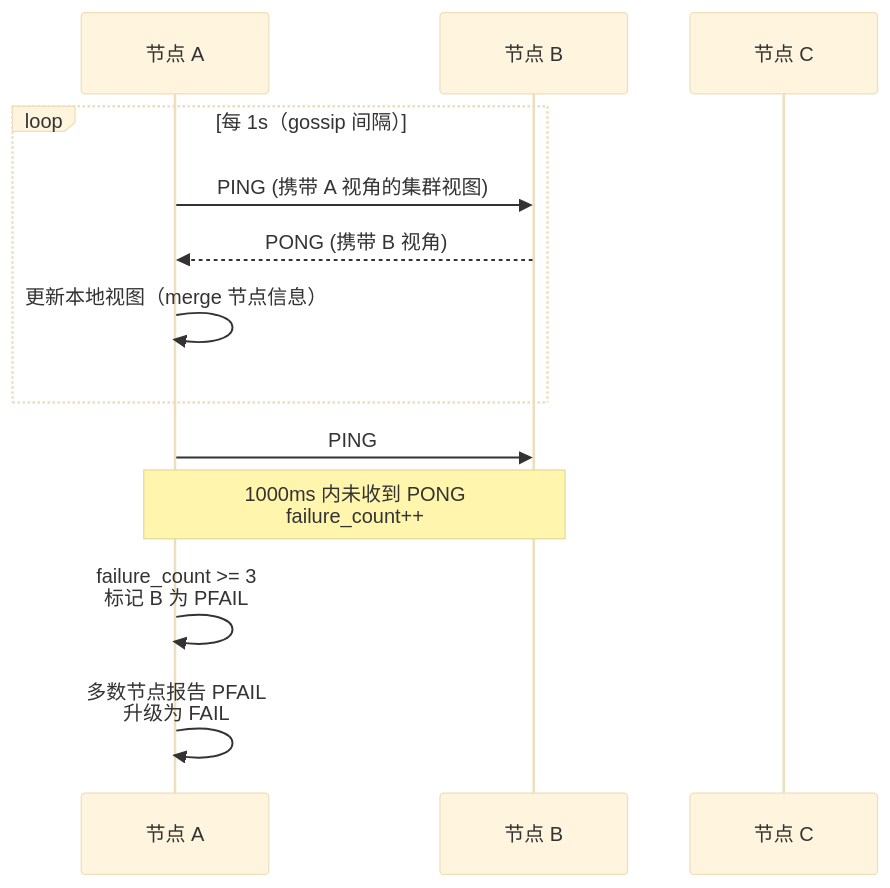
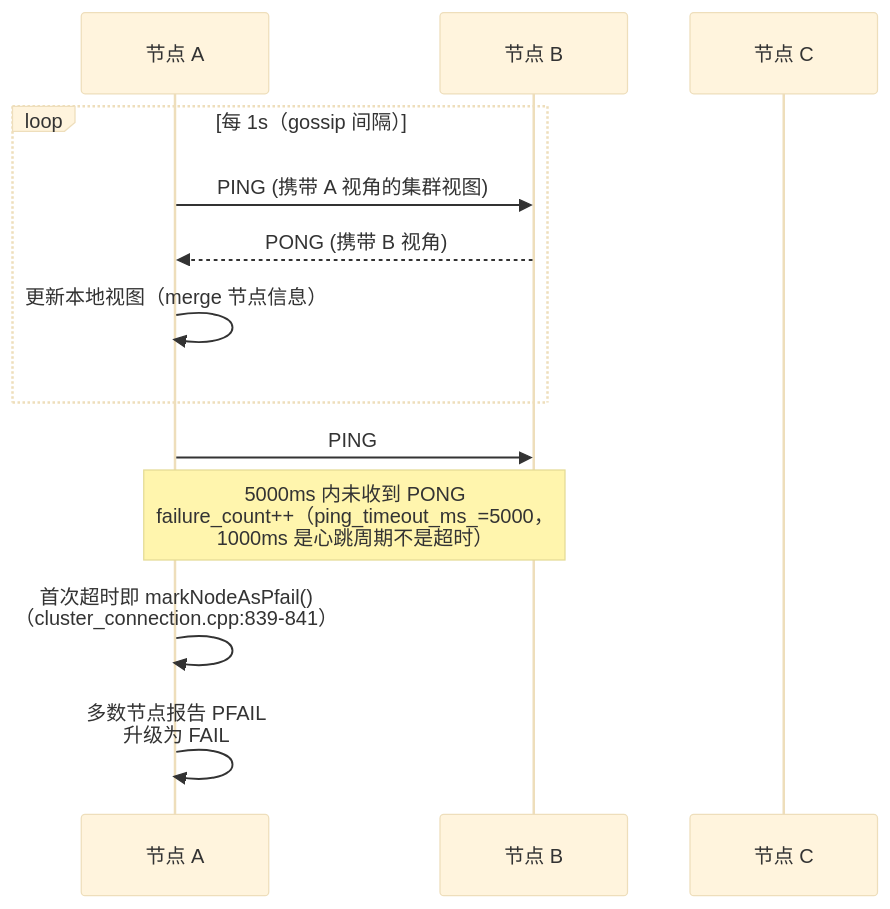
One commit to zimingttkx/ConcurrentCache changed the third of 5 diagrams in docs/architecture/cluster.md. Above: the diagram before and after it, drawn with Mermaid (base theme). The commit also changed other lines of this file and 8 other files, not shown here.

````diff
--- a/docs/architecture/cluster.md
+++ b/docs/architecture/cluster.md
@@ -156,18 +156,18 @@
 ```mermaid
 sequenceDiagram
     participant A as 节点 A
     participant B as 节点 B
     participant C as 节点 C
 
     loop 每 1s（gossip 间隔）
         A->>B: PING (携带 A 视角的集群视图)
         B-->>A: PONG (携带 B 视角)
         A->>A: 更新本地视图（merge 节点信息）
     end
 
     A->>B: PING
-    Note over A,B: 1000ms 内未收到 PONG<br/>failure_count++
+    Note over A,B: 5000ms 内未收到 PONG<br/>failure_count++（ping_timeout_ms_=5000，<br/>1000ms 是心跳周期不是超时）
 
-    A->>A: failure_count >= 3<br/>标记 B 为 PFAIL
+    A->>A: 首次超时即 markNodeAsPfail()<br/>（cluster_connection.cpp:839-841）
     A->>A: 多数节点报告 PFAIL<br/>升级为 FAIL
 ```
````
